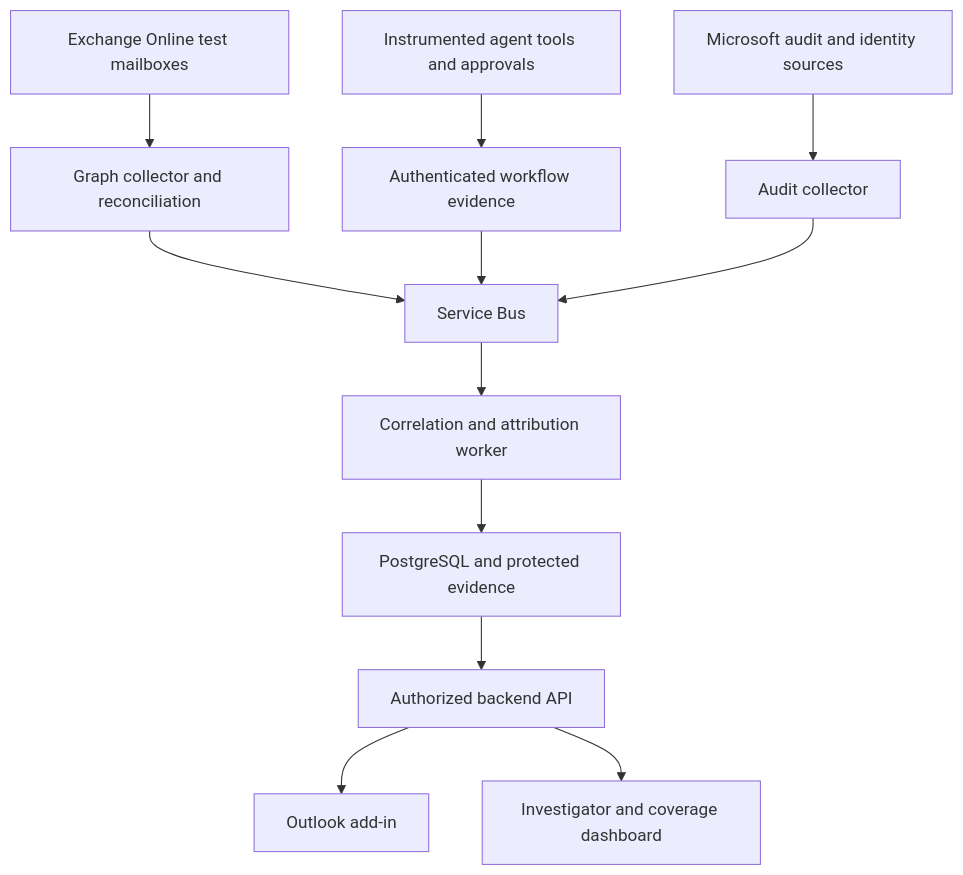
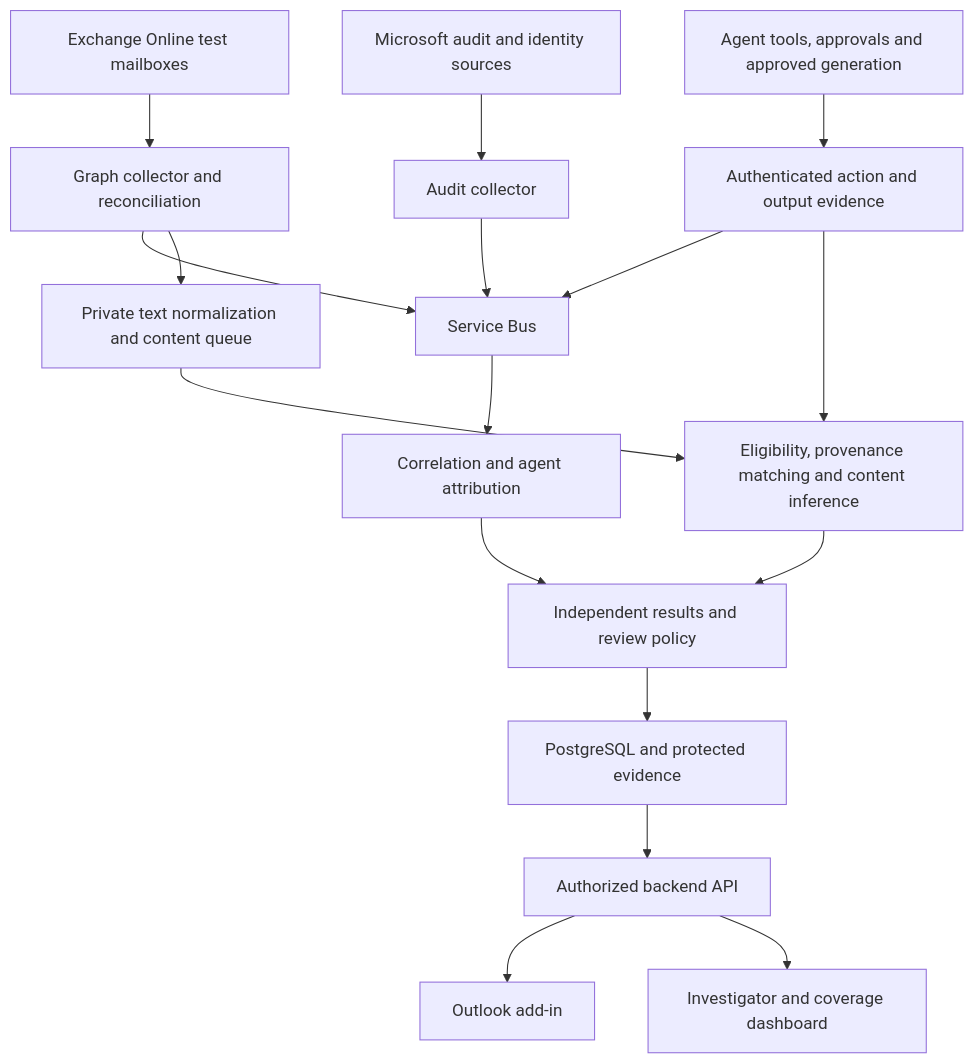
Before and after one commit to Kkb113/AgentTrace: the diagram in implementation.md, drawn with Mermaid. The commit also changed other lines of this file, not shown here.

Commit message:
docs: expand plan to cover AI-generated email content

````diff
--- a/implementation.md
+++ b/implementation.md
@@ -78,14 +97,19 @@
 ```mermaid
 flowchart TD
     A[Exchange Online test mailboxes] --> B[Graph collector and reconciliation]
-    C[Instrumented agent tools and approvals] --> D[Authenticated workflow evidence]
+    C[Agent tools, approvals and approved generation] --> D[Authenticated action and output evidence]
     E[Microsoft audit and identity sources] --> F[Audit collector]
     B --> G[Service Bus]
     D --> G
     F --> G
-    G --> H[Correlation and attribution worker]
-    H --> I[PostgreSQL and protected evidence]
+    G --> H[Correlation and agent attribution]
+    B --> N[Private text normalization and content queue]
+    N --> O[Eligibility, provenance matching and content inference]
+    D --> O
+    H --> P[Independent results and review policy]
+    O --> P
+    P --> I[PostgreSQL and protected evidence]
     I --> J[Authorized backend API]
     J --> K[Outlook add-in]
     J --> L[Investigator and coverage dashboard]
 ```
````
